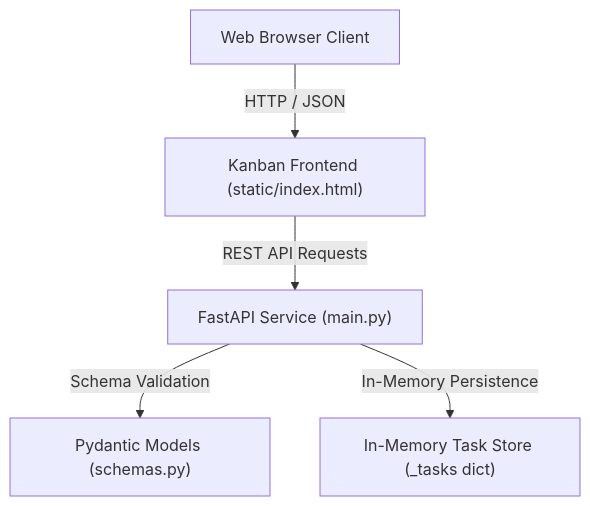
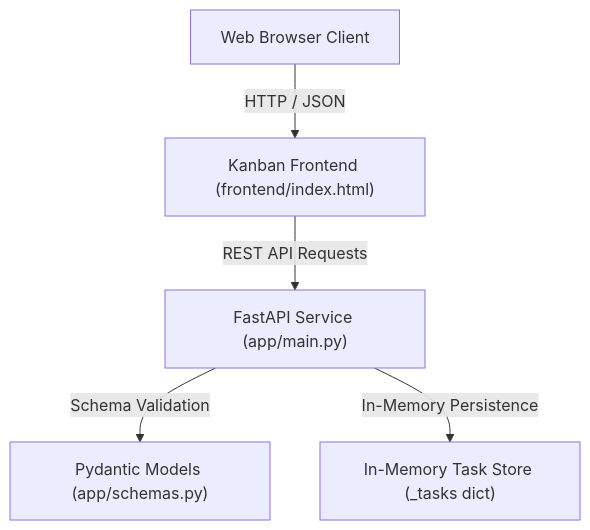
Before and after one commit to he-55/Mid-Course-Project-AI-Assisted-Feature-Extension-Sprint: the diagram in docs/architecture.md, drawn with Mermaid. The commit also changed other lines of this file and 16 other files, not shown here.

````diff
--- a/docs/architecture.md
+++ b/docs/architecture.md
@@ -9,7 +9,7 @@
 ```mermaid
 flowchart TD
-    User["Web Browser Client"] -->|HTTP / JSON| WebUI["Kanban Frontend (static/index.html)"]
-    WebUI -->|REST API Requests| API["FastAPI Service (main.py)"]
-    API -->|Schema Validation| Validation["Pydantic Models (schemas.py)"]
+    User["Web Browser Client"] -->|HTTP / JSON| WebUI["Kanban Frontend (frontend/index.html)"]
+    WebUI -->|REST API Requests| API["FastAPI Service (app/main.py)"]
+    API -->|Schema Validation| Validation["Pydantic Models (app/schemas.py)"]
     API -->|In-Memory Persistence| Repository["In-Memory Task Store (_tasks dict)"]
 ```
````
